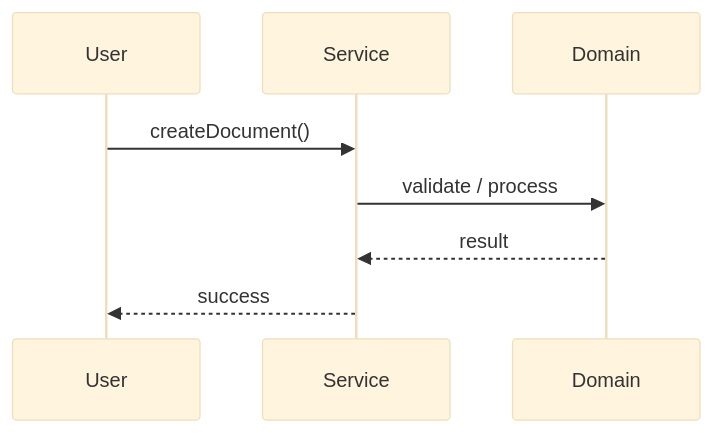
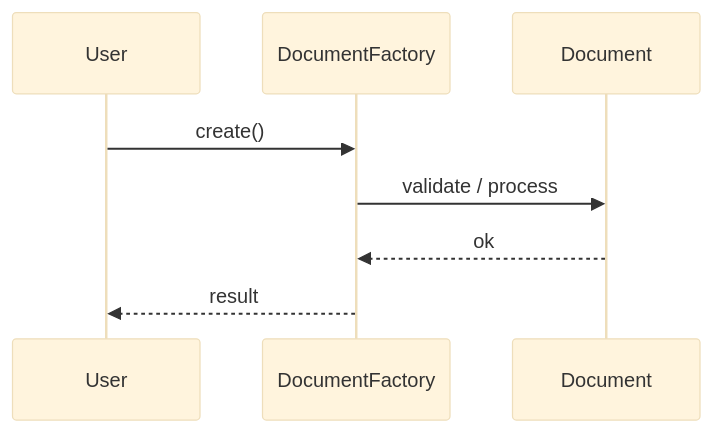
One commit to madhupaila/Interview-Prep-SSE changed the second of 3 diagrams in Learn/System Design - Low Level Design/03-design-patterns/questions/Q24-factory-document.md. Above: the diagram before and after it, drawn with Mermaid (base theme). The commit also changed other lines of this file and 491 other files, not shown here.

````diff
--- a/Learn/System Design - Low Level Design/03-design-patterns/questions/Q24-factory-document.md
+++ b/Learn/System Design - Low Level Design/03-design-patterns/questions/Q24-factory-document.md
@@ -120,10 +143,10 @@
 ```mermaid
 sequenceDiagram
-    participant U as User
-    participant S as Service
-    participant D as Domain
-    U->>S: createDocument()
-    S->>D: validate / process
-    D-->>S: result
-    S-->>U: success
+participant U as User
+participant S as DocumentFactory
+participant D as Document
+U->>S: create()
+S->>D: validate / process
+D-->>S: ok
+S-->>U: result
 ```
````
